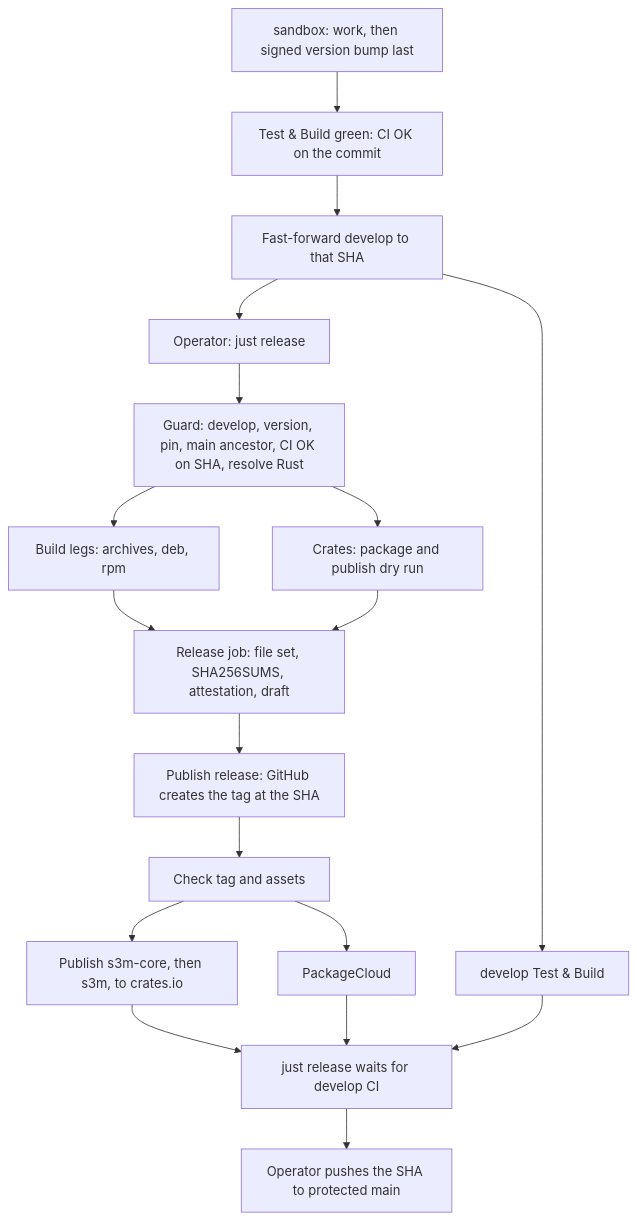
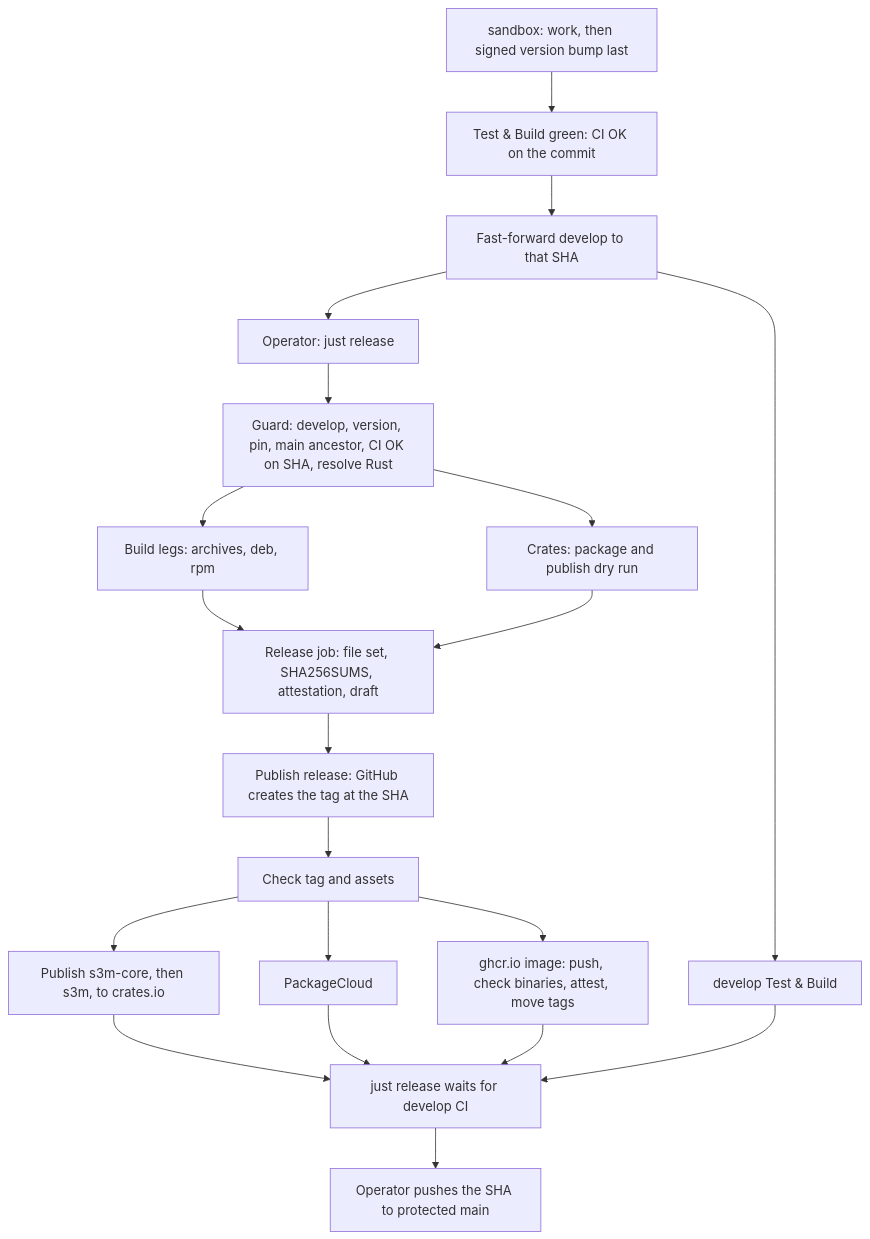
Before and after one commit to s3m/s3m: the diagram in .github/RELEASING.md, drawn with Mermaid. The commit also changed other lines of this file and 11 other files, not shown here.

First line of the commit message:
Publish a multi-arch image to ghcr.io and run without a writable home

````diff
--- a/.github/RELEASING.md
+++ b/.github/RELEASING.md
@@ -59,20 +59,22 @@
 ```mermaid
 flowchart TD
     S["sandbox: work, then signed version bump last"] --> C["Test & Build green: CI OK on the commit"]
     C --> D["Fast-forward develop to that SHA"]
     D --> CI["develop Test & Build"]
     D --> J["Operator: just release"]
     J --> G["Guard: develop, version, pin, main ancestor, CI OK on SHA, resolve Rust"]
     G --> B["Build legs: archives, deb, rpm"]
     G --> K["Crates: package and publish dry run"]
     B --> R["Release job: file set, SHA256SUMS, attestation, draft"]
     K --> R
     R --> T["Publish release: GitHub creates the tag at the SHA"]
     T --> V["Check tag and assets"]
     V --> P["Publish s3m-core, then s3m, to crates.io"]
     V --> PC["PackageCloud"]
+    V --> I["ghcr.io image: push, check binaries, attest, move tags"]
     P --> W["just release waits for develop CI"]
     PC --> W
+    I --> W
     CI --> W
     W --> M["Operator pushes the SHA to protected main"]
 ```
````
